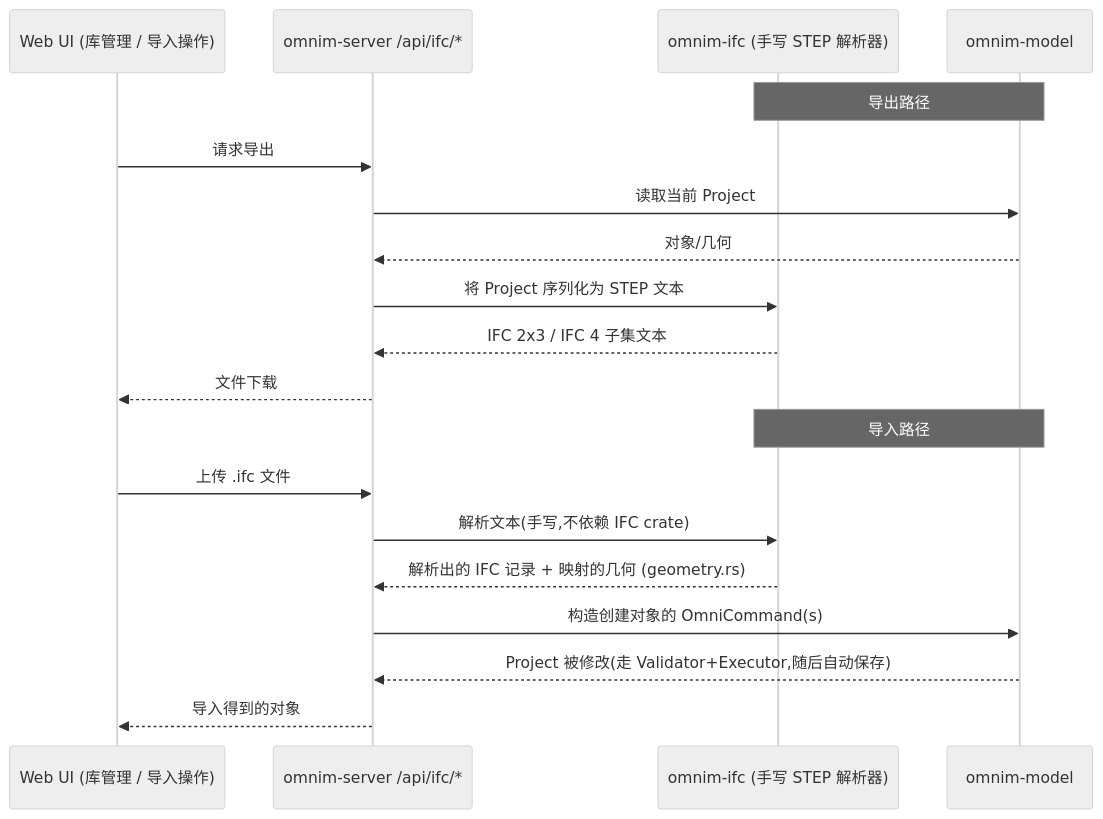
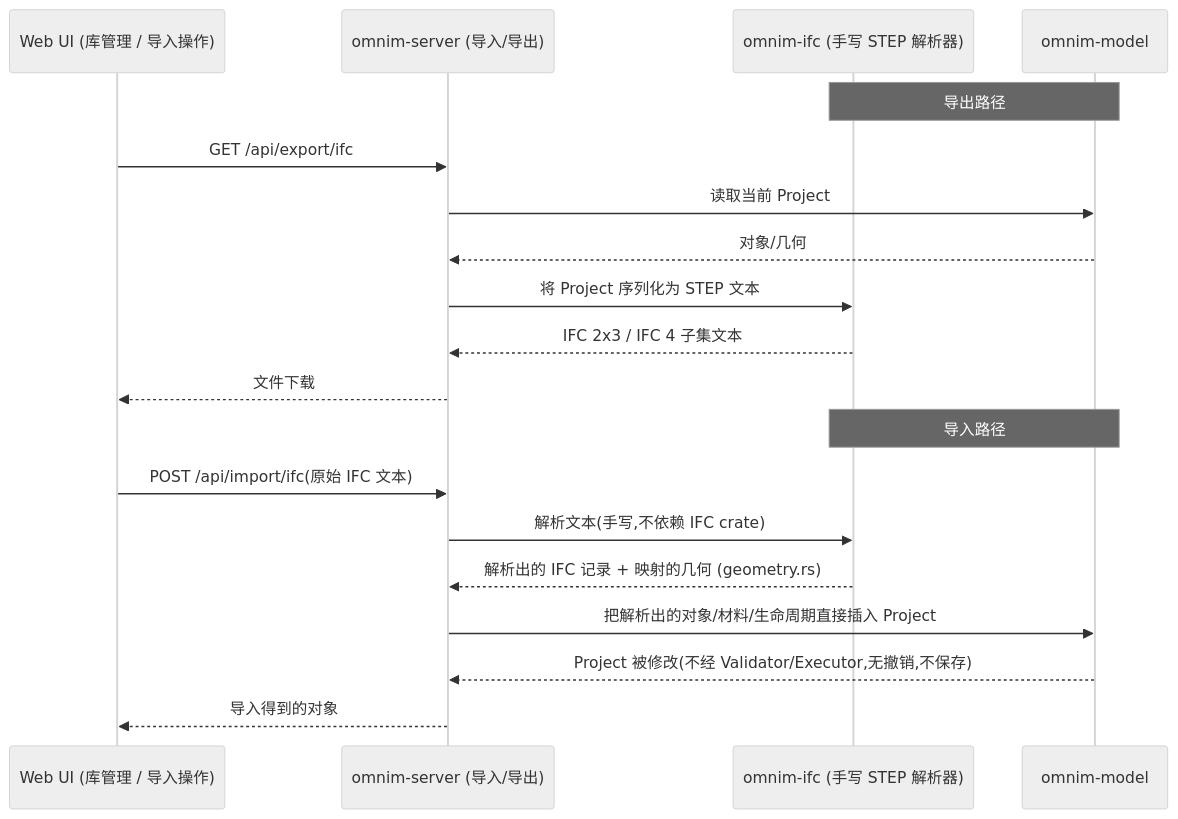
The third of 5 diagrams in docs/architecture/DATA_FLOW.zh-CN.md (ronekyng/OmniM), drawn with Mermaid (neutral theme) before and after one commit. The commit also changed other lines of this file and 74 other files, not shown here.

````diff
--- a/docs/architecture/DATA_FLOW.zh-CN.md
+++ b/docs/architecture/DATA_FLOW.zh-CN.md
@@ -134,22 +146,22 @@
 ```mermaid
 sequenceDiagram
     participant U as Web UI (库管理 / 导入操作)
-    participant S as omnim-server /api/ifc/*
+    participant S as omnim-server (导入/导出)
     participant I as omnim-ifc (手写 STEP 解析器)
     participant M as omnim-model
     Note over I,M: 导出路径
-    U->>S: 请求导出
+    U->>S: GET /api/export/ifc
     S->>M: 读取当前 Project
     M-->>S: 对象/几何
     S->>I: 将 Project 序列化为 STEP 文本
     I-->>S: IFC 2x3 / IFC 4 子集文本
     S-->>U: 文件下载
 
     Note over I,M: 导入路径
-    U->>S: 上传 .ifc 文件
+    U->>S: POST /api/import/ifc(原始 IFC 文本)
     S->>I: 解析文本(手写,不依赖 IFC crate)
     I-->>S: 解析出的 IFC 记录 + 映射的几何 (geometry.rs)
-    S->>M: 构造创建对象的 OmniCommand(s)
-    M-->>S: Project 被修改(走 Validator+Executor,随后自动保存)
+    S->>M: 把解析出的对象/材料/生命周期直接插入 Project
+    M-->>S: Project 被修改(不经 Validator/Executor,无撤销,不保存)
     S-->>U: 导入得到的对象
 ```
````
